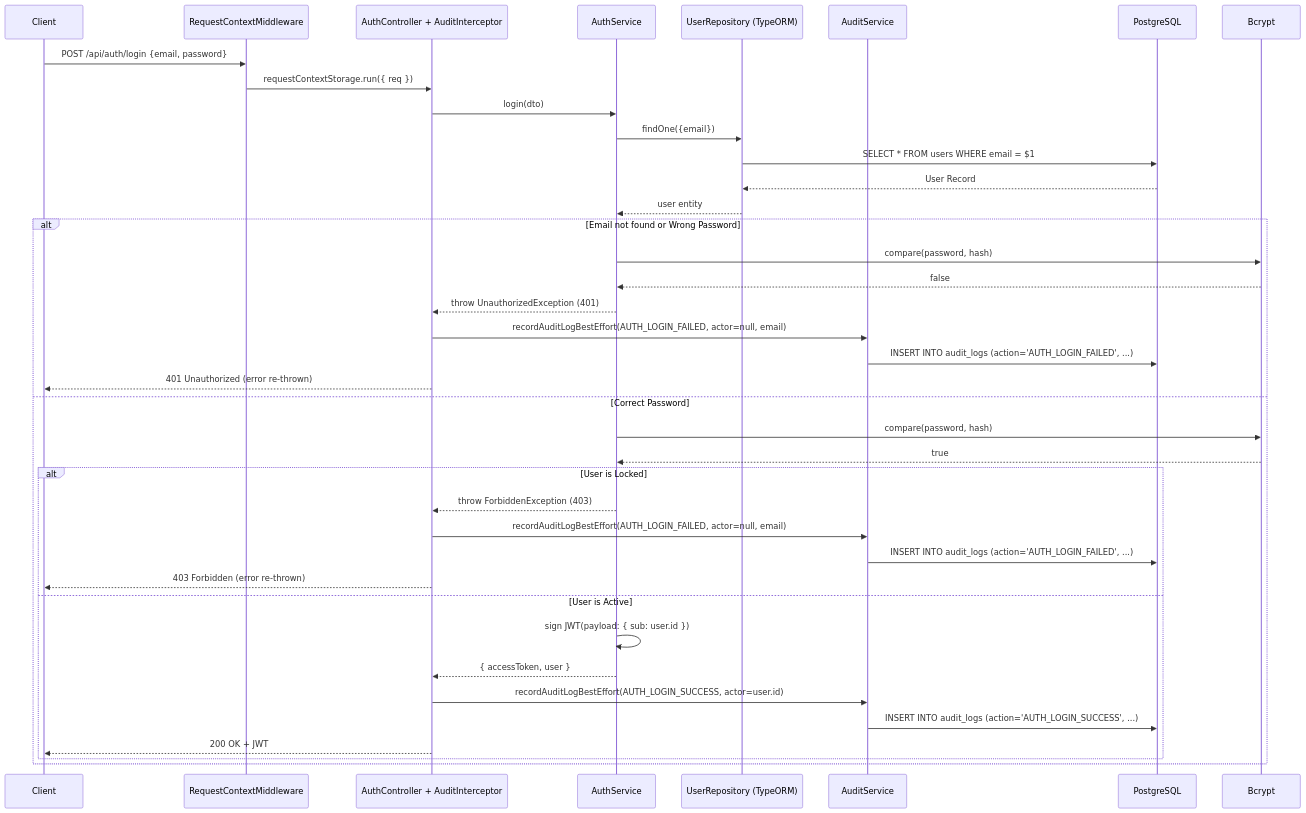
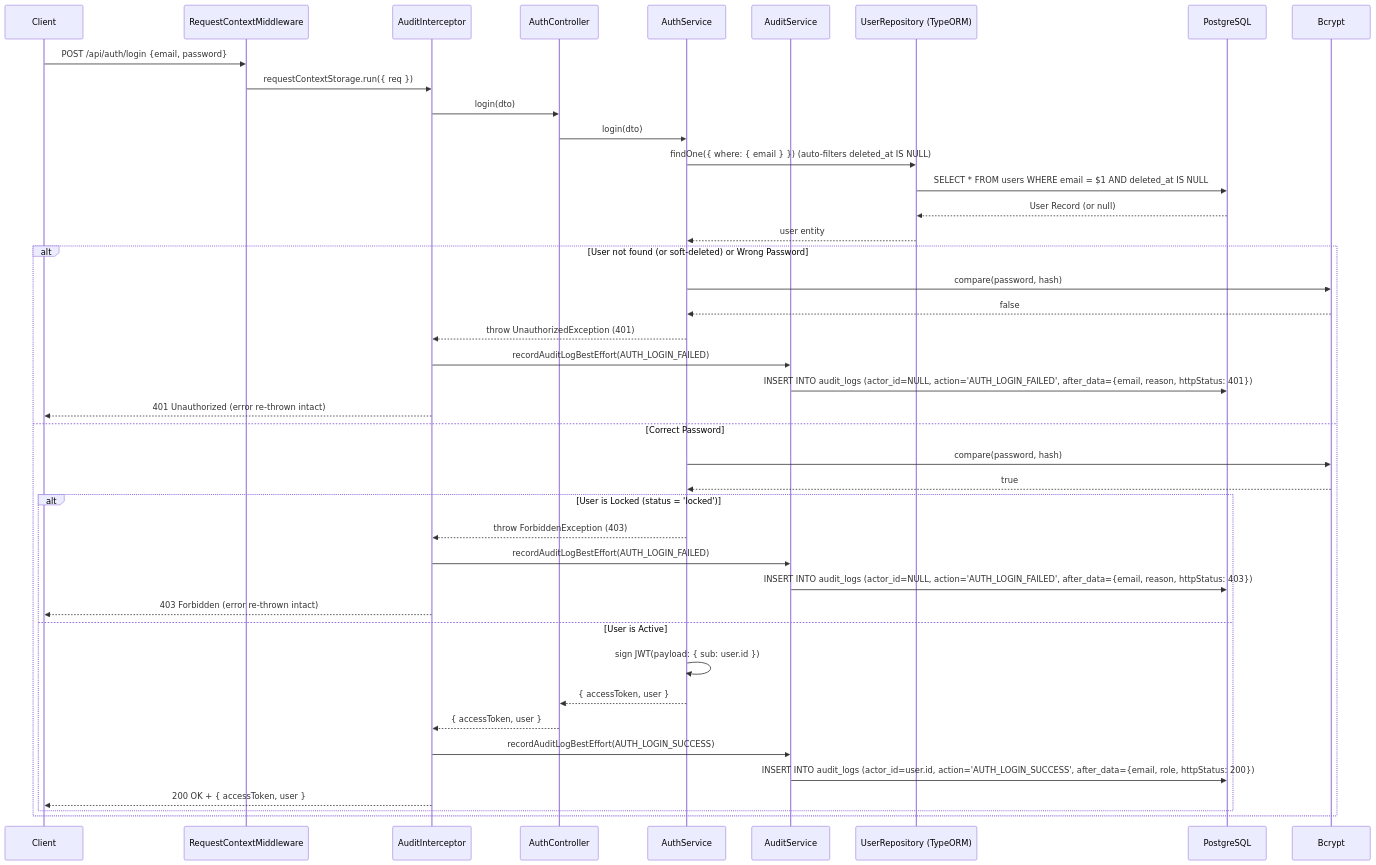
The first of 5 diagrams in docs/sequence_diagrams.md (megapig5000/Banking-app), drawn with Mermaid before and after one commit. The commit also changed other lines of this file and 33 other files, not shown here.

Commit message:
feat(module5): implement transaction limits, account status/hold, soft delete, versioned profile history and docs

````diff
--- a/docs/sequence_diagrams.md
+++ b/docs/sequence_diagrams.md
@@ -5,44 +9,47 @@
 ```mermaid
 sequenceDiagram
     participant Client
     participant MW as RequestContextMiddleware
-    participant Controller as AuthController + AuditInterceptor
+    participant Interceptor as AuditInterceptor
+    participant Controller as AuthController
     participant Service as AuthService
+    participant AuditSvc as AuditService
     participant Repo as UserRepository (TypeORM)
-    participant Audit as AuditService
     participant DB as PostgreSQL
     participant Bcrypt
 
     Client->>MW: POST /api/auth/login {email, password}
-    MW->>Controller: requestContextStorage.run({ req })
+    MW->>Interceptor: requestContextStorage.run({ req })
+    Interceptor->>Controller: login(dto)
     Controller->>Service: login(dto)
-    Service->>Repo: findOne({email})
-    Repo->>DB: SELECT * FROM users WHERE email = $1
-    DB-->>Repo: User Record
+    Service->>Repo: findOne({ where: { email } }) (auto-filters deleted_at IS NULL)
+    Repo->>DB: SELECT * FROM users WHERE email = $1 AND deleted_at IS NULL
+    DB-->>Repo: User Record (or null)
     Repo-->>Service: user entity
-
-    alt Email not found or Wrong Password
+    
+    alt User not found (or soft-deleted) or Wrong Password
         Service->>Bcrypt: compare(password, hash)
         Bcrypt-->>Service: false
-        Service-->>Controller: throw UnauthorizedException (401)
-        Controller->>Audit: recordAuditLogBestEffort(AUTH_LOGIN_FAILED, actor=null, email)
-        Audit->>DB: INSERT INTO audit_logs (action='AUTH_LOGIN_FAILED', ...)
-        Controller-->>Client: 401 Unauthorized (error re-thrown)
+        Service-->>Interceptor: throw UnauthorizedException (401)
+        Interceptor->>AuditSvc: recordAuditLogBestEffort(AUTH_LOGIN_FAILED)
+        AuditSvc->>DB: INSERT INTO audit_logs (actor_id=NULL, action='AUTH_LOGIN_FAILED', after_data={email, reason, httpStatus: 401})
+        Interceptor-->>Client: 401 Unauthorized (error re-thrown intact)
     else Correct Password
         Service->>Bcrypt: compare(password, hash)
         Bcrypt-->>Service: true
-
-        alt User is Locked
-            Service-->>Controller: throw ForbiddenException (403)
-            Controller->>Audit: recordAuditLogBestEffort(AUTH_LOGIN_FAILED, actor=null, email)
-            Audit->>DB: INSERT INTO audit_logs (action='AUTH_LOGIN_FAILED', ...)
-            Controller-->>Client: 403 Forbidden (error re-thrown)
+        
+        alt User is Locked (status = 'locked')
+            Service-->>Interceptor: throw ForbiddenException (403)
+            Interceptor->>AuditSvc: recordAuditLogBestEffort(AUTH_LOGIN_FAILED)
+            AuditSvc->>DB: INSERT INTO audit_logs (actor_id=NULL, action='AUTH_LOGIN_FAILED', after_data={email, reason, httpStatus: 403})
+            Interceptor-->>Client: 403 Forbidden (error re-thrown intact)
         else User is Active
             Service->>Service: sign JWT(payload: { sub: user.id })
             Service-->>Controller: { accessToken, user }
-            Controller->>Audit: recordAuditLogBestEffort(AUTH_LOGIN_SUCCESS, actor=user.id)
-            Audit->>DB: INSERT INTO audit_logs (action='AUTH_LOGIN_SUCCESS', ...)
-            Controller-->>Client: 200 OK + JWT
+            Controller-->>Interceptor: { accessToken, user }
+            Interceptor->>AuditSvc: recordAuditLogBestEffort(AUTH_LOGIN_SUCCESS)
+            AuditSvc->>DB: INSERT INTO audit_logs (actor_id=user.id, action='AUTH_LOGIN_SUCCESS', after_data={email, role, httpStatus: 200})
+            Interceptor-->>Client: 200 OK + { accessToken, user }
         end
     end
 ```
````
